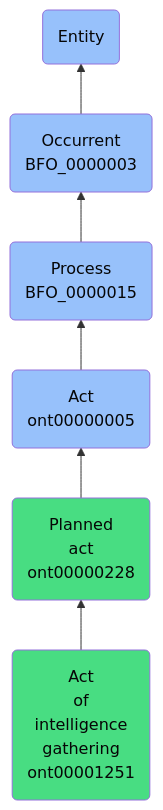
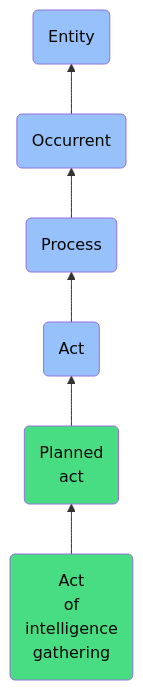
One commit to jupyter-naas/abi changed the diagram in docs/ontology/reference/model/Entity/Occurrent/Process/Act/Planned act/Act of intelligence gathering/Act of intelligence gathering.md. Above: the diagram before and after it, drawn with Mermaid. The commit also changed other lines of this file and 1430 other files, not shown here.

````diff
--- a/docs/ontology/reference/model/Entity/Occurrent/Process/Act/Planned act/Act of intelligence gathering/Act of intelligence gathering.md
+++ b/docs/ontology/reference/model/Entity/Occurrent/Process/Act/Planned act/Act of intelligence gathering/Act of intelligence gathering.md
@@ -24,13 +24,13 @@
 ```mermaid
 graph BT
-    ont00001251(Act<br>of<br>intelligence<br>gathering<br>ont00001251):::ABI-->ont00000228
-    ont00000228(Planned<br>act<br>ont00000228):::ABI-->ont00000005
-    ont00000005(Act<br>ont00000005):::BFO-->BFO_0000015
-    BFO_0000015(Process<br>BFO_0000015):::BFO-->BFO_0000003
-    BFO_0000003(Occurrent<br>BFO_0000003):::BFO-->BFO_0000001
+    ont00001251(Act<br>of<br>intelligence<br>gathering):::ABI-->ont00000228
+    ont00000228(Planned<br>act):::ABI-->ont00000005
+    ont00000005(Act):::BFO-->BFO_0000015
+    BFO_0000015(Process):::BFO-->BFO_0000003
+    BFO_0000003(Occurrent):::BFO-->BFO_0000001
     BFO_0000001(Entity):::BFO
     
     classDef BFO fill:#97c1fb,color:#060606
     classDef CCO fill:#e4c51e,color:#060606
     classDef ABI fill:#48DD82,color:#060606
 ```
````
